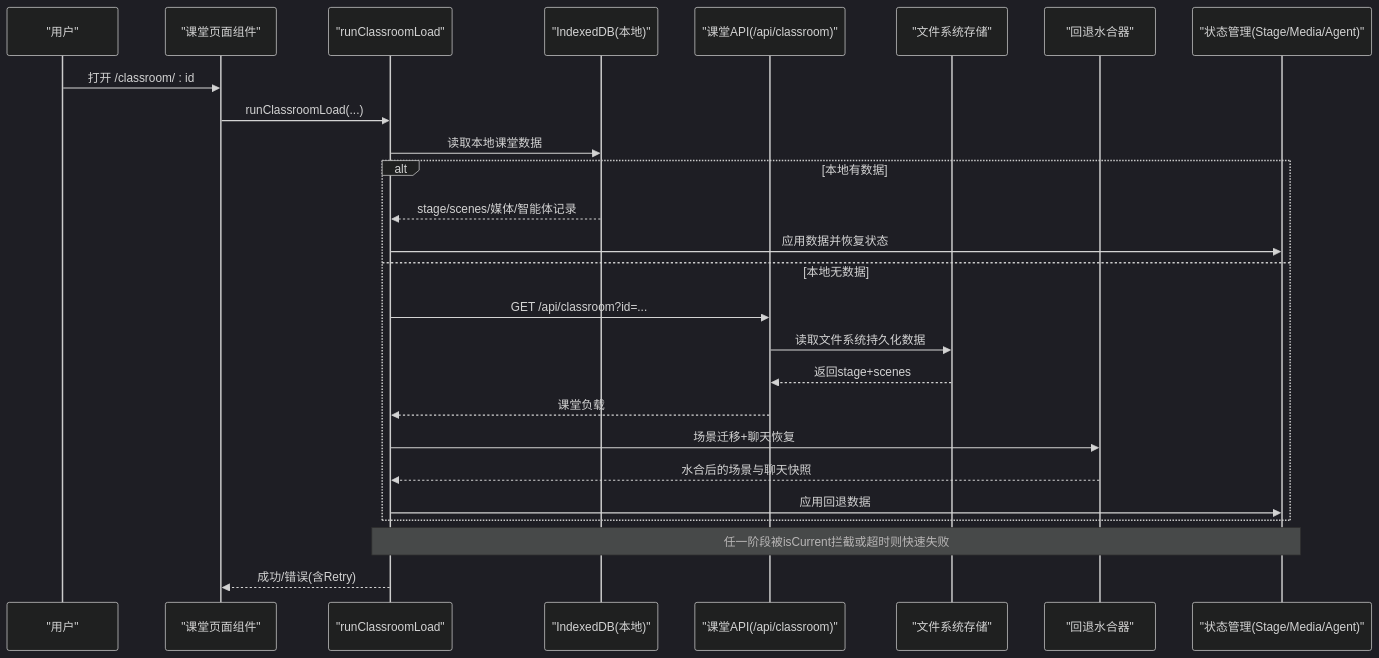
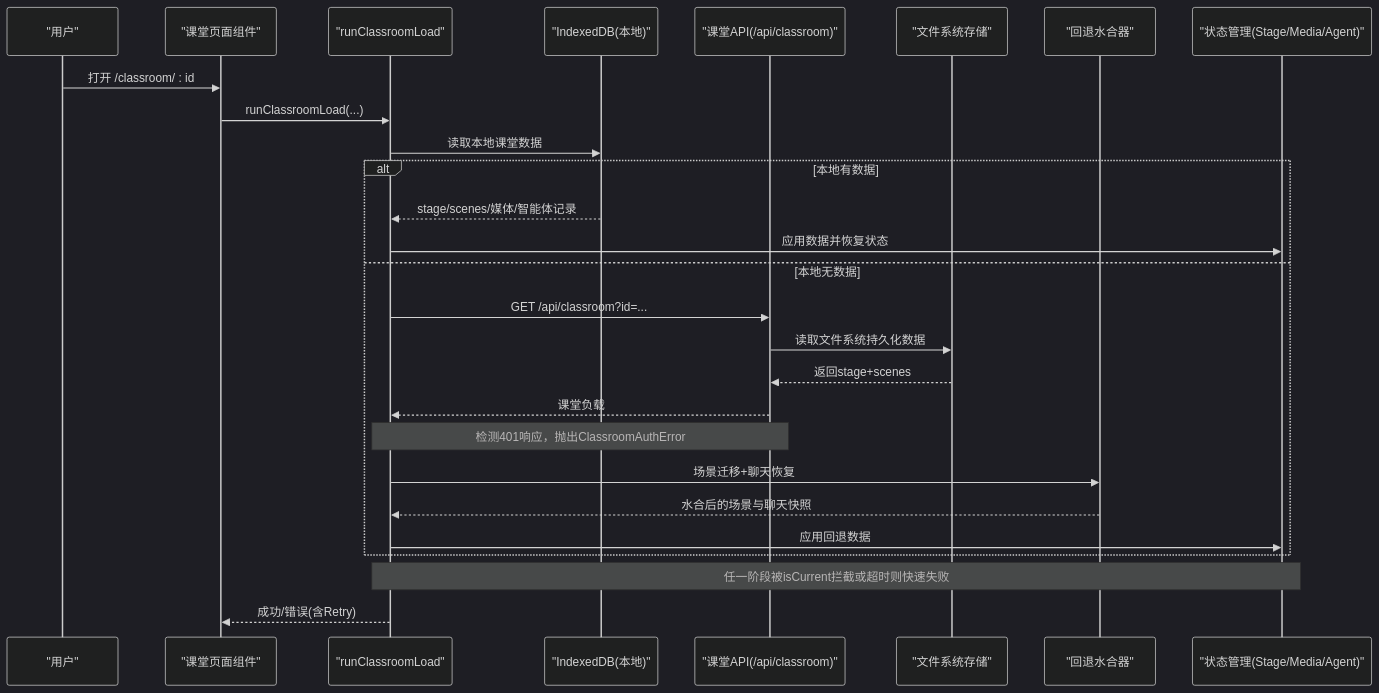
One commit to huangboheng/OpenMAIC changed the first of 3 diagrams in .qoder/repowiki/zh/content/数据存储设计/课堂加载可靠性增强.md. Above: the diagram before and after it, drawn with Mermaid (dark theme). The commit also changed other lines of this file and 3 other files, not shown here.

````diff
--- a/.qoder/repowiki/zh/content/数据存储设计/课堂加载可靠性增强.md
+++ b/.qoder/repowiki/zh/content/数据存储设计/课堂加载可靠性增强.md
@@ -35,28 +39,29 @@
 ```mermaid
 sequenceDiagram
 participant U as "用户"
 participant Page as "课堂页面组件"
 participant Loader as "runClassroomLoad"
 participant DB as "IndexedDB(本地)"
 participant API as "课堂API(/api/classroom)"
 participant Storage as "文件系统存储"
 participant Hydrator as "回退水合器"
 participant State as "状态管理(Stage/Media/Agent)"
 U->>Page : 打开 /classroom/ : id
 Page->>Loader : runClassroomLoad(...)
 Loader->>DB : 读取本地课堂数据
 alt 本地有数据
 DB-->>Loader : stage/scenes/媒体/智能体记录
 Loader->>State : 应用数据并恢复状态
 else 本地无数据
 Loader->>API : GET /api/classroom?id=...
 API->>Storage : 读取文件系统持久化数据
 Storage-->>API : 返回stage+scenes
 API-->>Loader : 课堂负载
+Note over Loader,API : 检测401响应，抛出ClassroomAuthError
 Loader->>Hydrator : 场景迁移+聊天恢复
 Hydrator-->>Loader : 水合后的场景与聊天快照
 Loader->>State : 应用回退数据
 end
 Note over Loader,State : 任一阶段被isCurrent拦截或超时则快速失败
 Loader-->>Page : 成功/错误(含Retry)
 ```
````
